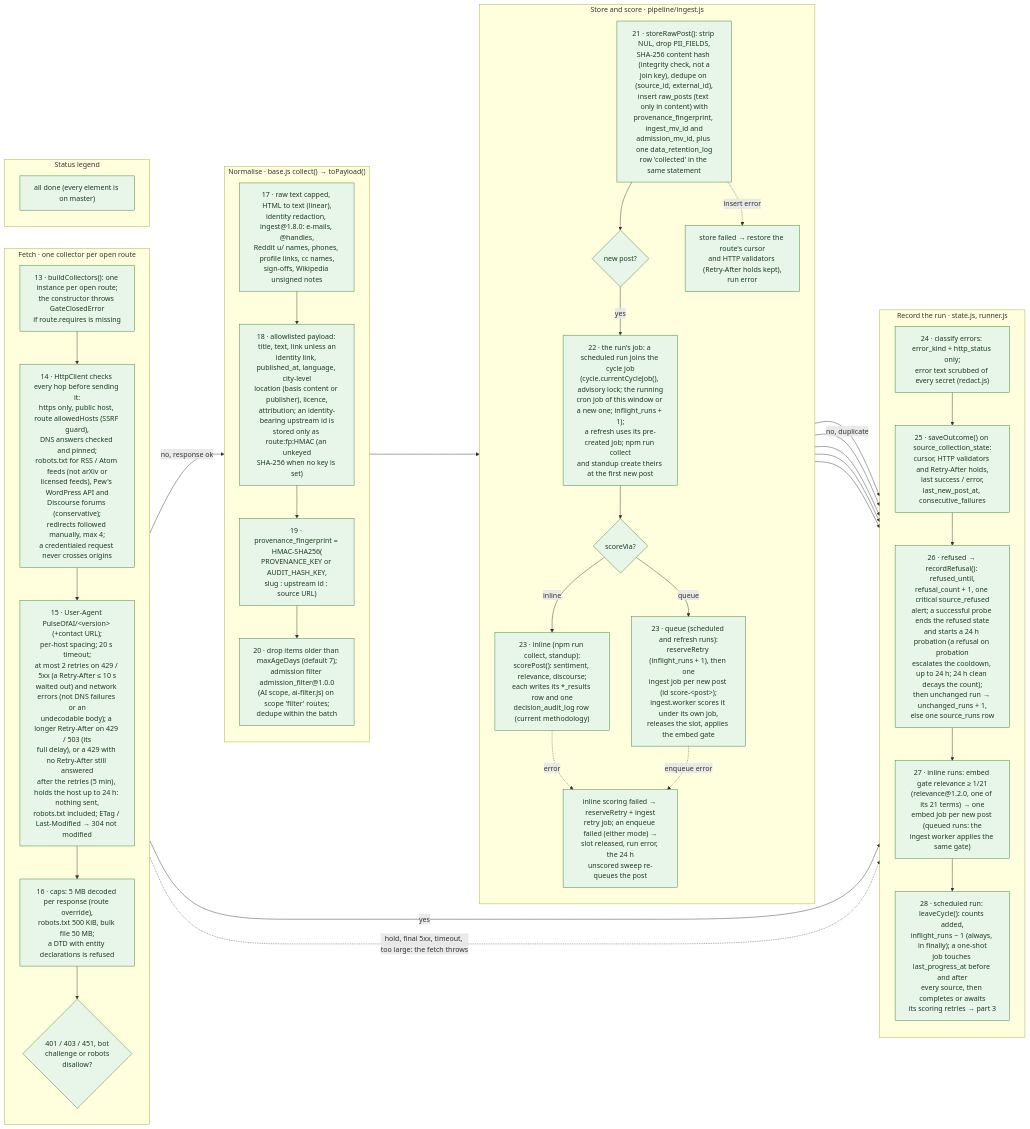
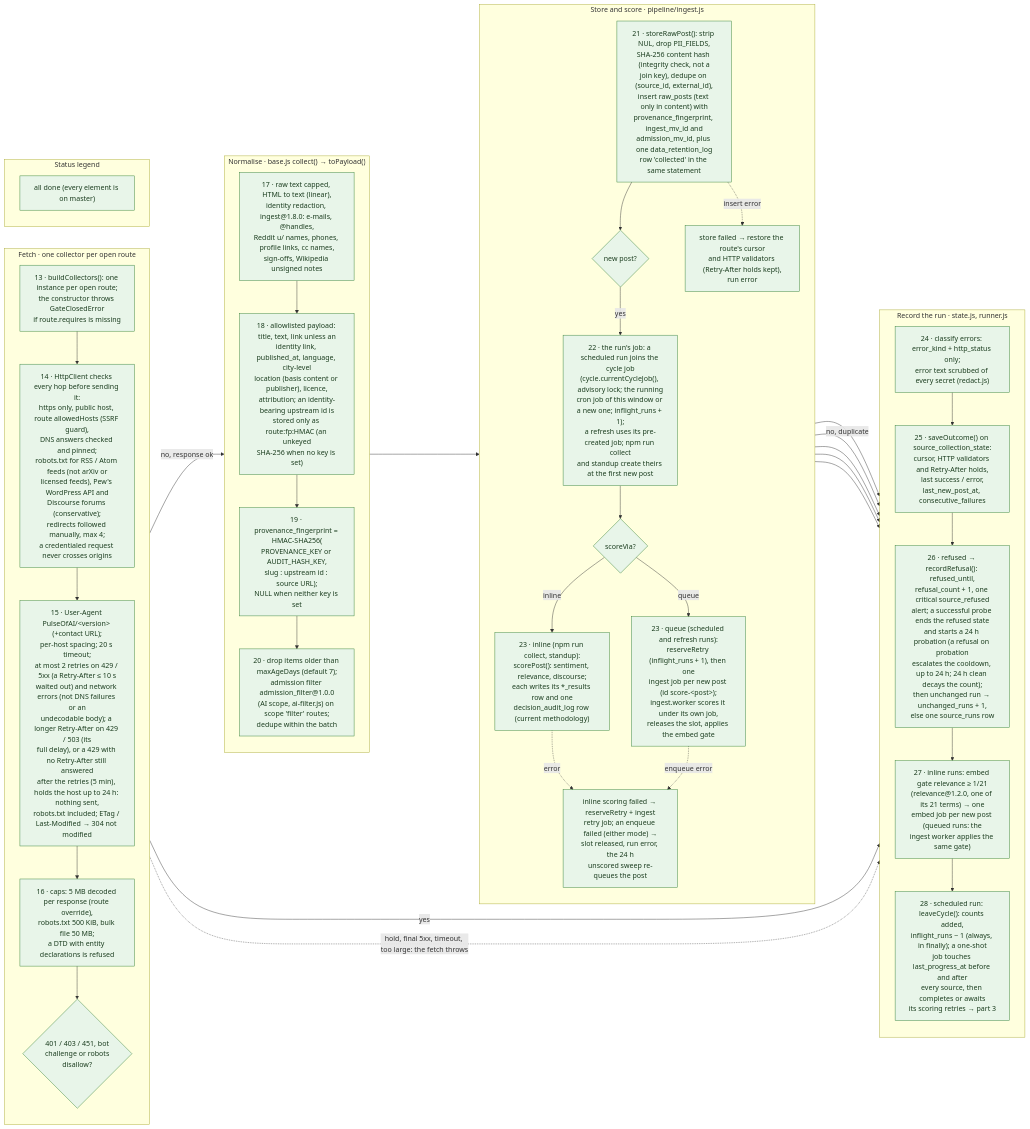
Before and after one commit to jennifer-mckinney/pulse-of-ai: the diagram in docs/diagrams/flows/collection-2-fetch-store-score.mmd, drawn with Mermaid. The commit also changed 15 other files, not shown here.

Commit message:
Make the provenance and keyed-id claims conditional on a key; move focus out of a folded About panel

```diff
--- a/docs/diagrams/flows/collection-2-fetch-store-score.mmd
+++ b/docs/diagrams/flows/collection-2-fetch-store-score.mmd
@@ -1,68 +1,68 @@
 %% Title: Collection cycle · part 2 of 3 · fetch, normalise, store, score
 %% Summary: What one open route of a claimed source does: the guarded HTTP fetch, normalisation with redaction, the admission filter and the provenance fingerprint, storage with the ingest and admission versions, scoring (ingest queue for scheduled and refresh runs, inline for npm run collect and standup) with audit rows, and the run record.
 %% Sources: src/collectors/{index,base,http,netguard,transport,robots,normalize,identity,provenance,errors,redact,state,refusal,cycle,runner,ai-filter}.js, src/workers/{collect,ingest}.worker.js, src/pipeline/{ingest,sentiment,relevance,discourse,methodology}.js, src/config/methodology-registry.js; migrations 022, 031, 040, 042, 062. Spec: TECHNICAL_SPEC.md section 8 (PII handling, provenance); ADR 0001 (terms and politeness, D2); PR #22 decision G6.
 flowchart LR
 
   subgraph FETCH["Fetch · one collector per open route"]
     direction TB
     F1["13 · buildCollectors(): one instance per open route;<br/>the constructor throws GateClosedError<br/>if route.requires is missing"]:::done
     F2["14 · HttpClient checks every hop before sending it:<br/>https only, public host, route allowedHosts (SSRF guard),<br/>DNS answers checked and pinned;<br/>robots.txt for RSS / Atom feeds (not arXiv or<br/>licensed feeds), Pew's WordPress API and<br/>Discourse forums (conservative);<br/>redirects followed manually, max 4;<br/>a credentialed request never crosses origins"]:::done
     F3["15 · User-Agent PulseOfAI/#lt;version#gt; (+contact URL);<br/>per-host spacing; 20 s timeout;<br/>at most 2 retries on 429 / 5xx (a Retry-After ≤ 10 s<br/>waited out) and network errors (not DNS failures or an<br/>undecodable body); a longer Retry-After on 429 / 503 (its<br/>full delay), or a 429 with no Retry-After still answered<br/>after the retries (5 min), holds the host up to 24 h: nothing sent,<br/>robots.txt included; ETag / Last-Modified → 304 not modified"]:::done
     F4["16 · caps: 5 MB decoded per response (route override),<br/>robots.txt 500 KiB, bulk file 50 MB;<br/>a DTD with entity declarations is refused"]:::done
     F5{"401 / 403 / 451, bot<br/>challenge or robots<br/>disallow?"}:::done
     F1 --> F2 --> F3 --> F4 --> F5
   end
 
   subgraph NORM["Normalise · base.js collect() → toPayload()"]
     direction TB
     N1["17 · raw text capped, HTML to text (linear),<br/>identity redaction, ingest@1.8.0: e-mails, @handles,<br/>Reddit u/ names, phones, profile links, cc names,<br/>sign-offs, Wikipedia unsigned notes"]:::done
     N2["18 · allowlisted payload: title, text, link unless an<br/>identity link, published_at, language, city-level<br/>location (basis content or publisher), licence,<br/>attribution; an identity-bearing upstream id is<br/>stored only as route:fp:HMAC (an unkeyed<br/>SHA-256 when no key is set)"]:::done
-    N3["19 · provenance_fingerprint = HMAC-SHA256(<br/>PROVENANCE_KEY or AUDIT_HASH_KEY,<br/>slug : upstream id : source URL)"]:::done
+    N3["19 · provenance_fingerprint = HMAC-SHA256(<br/>PROVENANCE_KEY or AUDIT_HASH_KEY,<br/>slug : upstream id : source URL);<br/>NULL when neither key is set"]:::done
     N4["20 · drop items older than maxAgeDays (default 7);<br/>admission filter admission_filter@1.0.0<br/>(AI scope, ai-filter.js) on scope 'filter' routes;<br/>dedupe within the batch"]:::done
     N1 --> N2 --> N3 --> N4
   end
 
   subgraph STORE["Store and score · pipeline/ingest.js"]
     direction TB
     T1["21 · storeRawPost(): strip NUL, drop PII_FIELDS,<br/>SHA-256 content hash (integrity check, not a<br/>join key), dedupe on (source_id, external_id),<br/>insert raw_posts (text only in content) with<br/>provenance_fingerprint, ingest_mv_id and<br/>admission_mv_id, plus one data_retention_log<br/>row 'collected' in the same statement"]:::done
     T2{"new post?"}:::done
     T3["22 · the run's job: a scheduled run joins the cycle job<br/>(cycle.currentCycleJob(), advisory lock; the running<br/>cron job of this window or a new one; inflight_runs + 1);<br/>a refresh uses its pre-created job; npm run collect<br/>and standup create theirs at the first new post"]:::done
     T7{"scoreVia?"}:::done
     T4["23 · queue (scheduled and refresh runs):<br/>reserveRetry (inflight_runs + 1), then one<br/>ingest job per new post (id score-#lt;post#gt;);<br/>ingest.worker scores it under its own job,<br/>releases the slot, applies the embed gate"]:::done
     T8["23 · inline (npm run collect, standup):<br/>scorePost(): sentiment, relevance, discourse;<br/>each writes its *_results row and one<br/>decision_audit_log row (current methodology)"]:::done
     T5["inline scoring failed → reserveRetry + ingest<br/>retry job; an enqueue failed (either mode) →<br/>slot released, run error, the 24 h<br/>unscored sweep re-queues the post"]:::done
     T6["store failed → restore the route's cursor<br/>and HTTP validators (Retry-After holds kept),<br/>run error"]:::done
     T1 --> T2
     T2 -- yes --> T3 --> T7
     T7 -- queue --> T4
     T7 -- inline --> T8
   end
 
   subgraph RECORD["Record the run · state.js, runner.js"]
     direction TB
     V1["24 · classify errors: error_kind + http_status only;<br/>error text scrubbed of every secret (redact.js)"]:::done
     V2["25 · saveOutcome() on source_collection_state:<br/>cursor, HTTP validators and Retry-After holds,<br/>last success / error,<br/>last_new_post_at, consecutive_failures"]:::done
     V3["26 · refused → recordRefusal(): refused_until,<br/>refusal_count + 1, one critical source_refused<br/>alert; a successful probe ends the refused state<br/>and starts a 24 h probation (a refusal on probation<br/>escalates the cooldown, up to 24 h; 24 h clean decays the count);<br/>then unchanged run → unchanged_runs + 1,<br/>else one source_runs row"]:::done
     V4["27 · inline runs: embed gate relevance ≥ 1/21<br/>(relevance@1.2.0, one of its 21 terms) → one<br/>embed job per new post (queued runs: the<br/>ingest worker applies the same gate)"]:::done
     V5["28 · scheduled run: leaveCycle(): counts added,<br/>inflight_runs − 1 (always, in finally); a one-shot<br/>job touches last_progress_at before and after<br/>every source, then completes or awaits<br/>its scoring retries → part 3"]:::done
     V1 --> V2 --> V3 --> V4 --> V5
   end
 
   subgraph LEGEND["Status legend"]
     L1["all done (every element is on master)"]:::done
   end
 
   F5 -- yes --> V1
   F5 -- "no, response ok" --> N1
   F3 -. "hold, final 5xx, timeout, too large: the fetch throws" .-> V1
   N4 --> T1
   T1 -. "insert error" .-> T6 --> V1
   T2 -- "no, duplicate" --> V1
   T8 -. "error" .-> T5
   T4 -. "enqueue error" .-> T5
   T5 --> V1
   T4 --> V1
   T8 --> V1
 
   classDef done fill:#e8f5e9,stroke:#2e7d32,color:#1b3d1f
   classDef planned fill:#f2f2f2,stroke:#8a8a8a,color:#4a4a4a,stroke-dasharray:2 3
```
